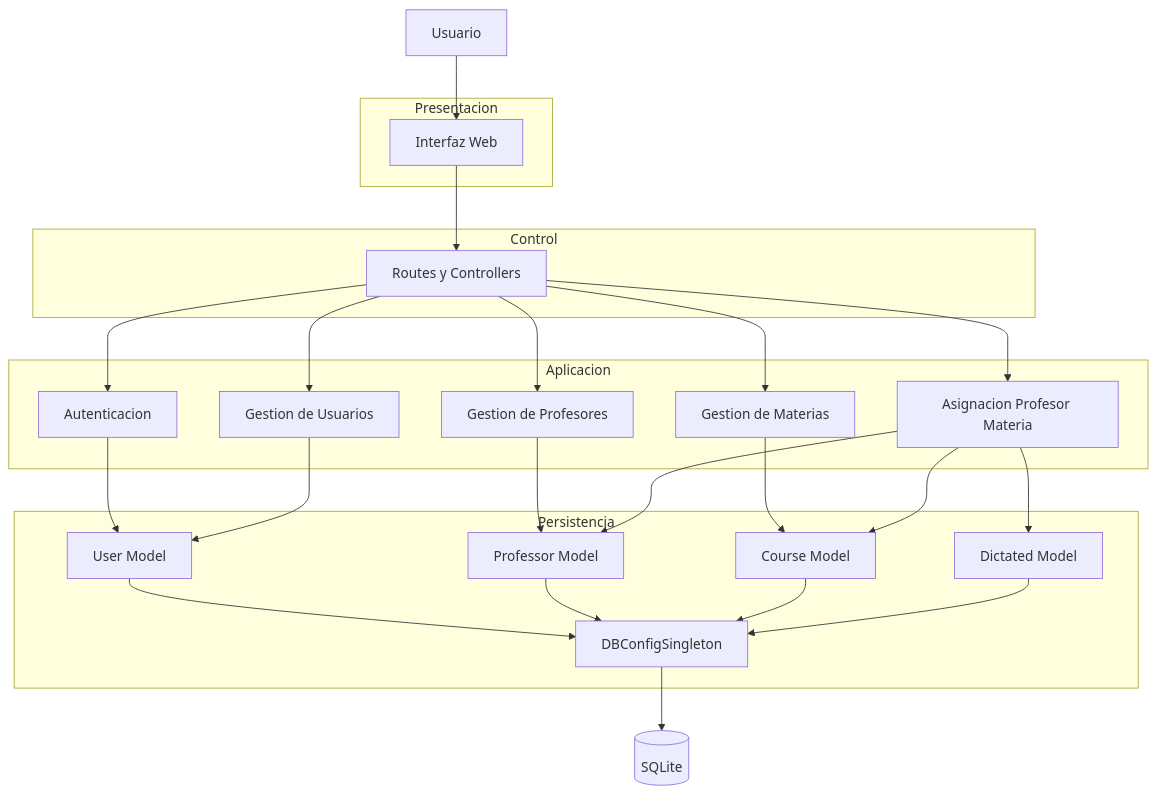
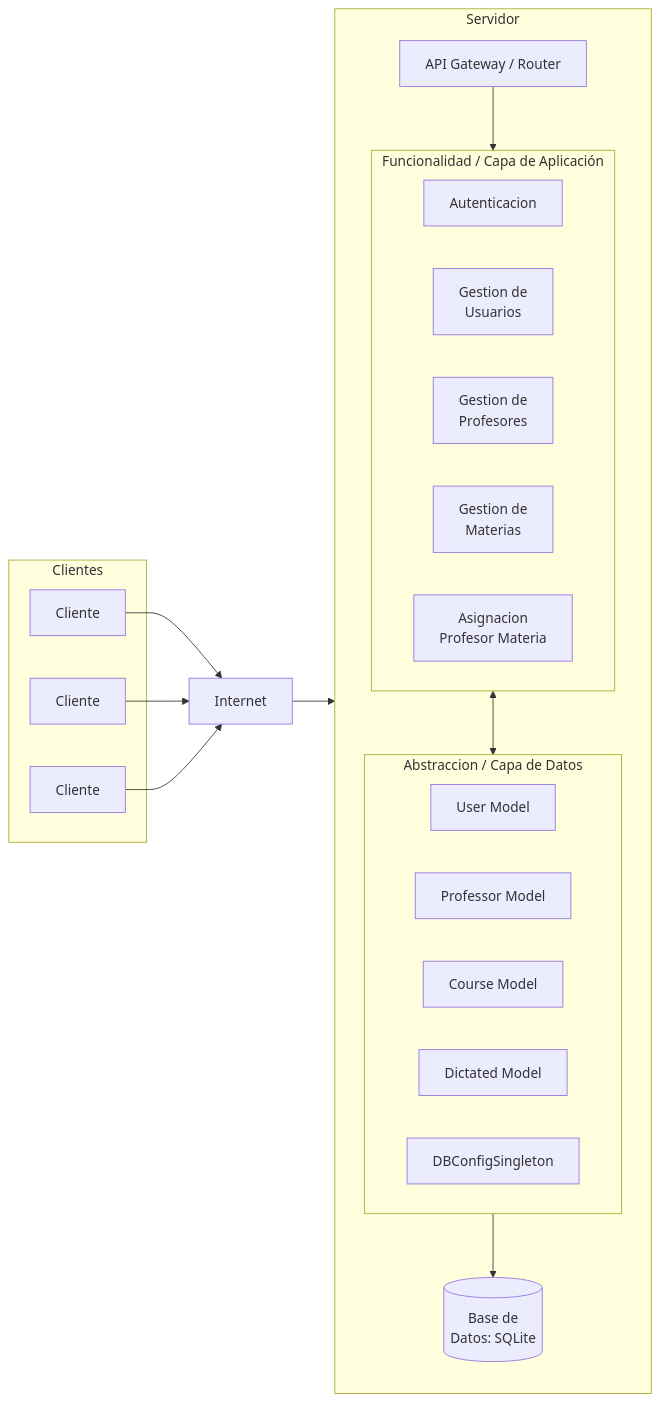
The diagram in Document/Actividad_3/descripcionDiagramasArquituctura.mmd (JuanBoyero/is1_2025_eti), drawn with Mermaid before and after one commit.

Commit message:
Modificación deel Diagrama de Diseño

```diff
--- a/Document/Actividad_3/descripcionDiagramasArquituctura.mmd
+++ b/Document/Actividad_3/descripcionDiagramasArquituctura.mmd
@@ -1,50 +1,44 @@
-flowchart TB
-    U[Usuario]
-
-    subgraph Presentacion
-        W[Interfaz Web]
+flowchart LR
+    subgraph C[Clientes]
+        C1[Cliente]
+        C2[Cliente] 
+        C3[Cliente]
     end
 
-    subgraph Control
-        RC[Routes y Controllers]
+    I[Internet]
+
+    subgraph api[ Servidor]
+        direction TB
+
+        API[API Gateway / Router]
+
+        subgraph fun[Funcionalidad / Capa de Aplicación]
+            direction LR
+            AU[Autenticacion]
+            GU[Gestion de \n Usuarios]
+            GP[Gestion de \n Profesores]
+            GM[Gestion de \n Materias]
+            AS[Asignacion \n Profesor Materia]
+        end 
+
+        subgraph A[Abstraccion / Capa de Datos]
+            direction LR
+            MU[User Model]
+            MP[Professor Model]
+            MC[Course Model]
+            MD[Dictated Model]
+            CFG[DBConfigSingleton]
+        end    
+        
+        DB[(Base de \n Datos: SQLite)]
+        
+        API --> fun
+        fun <--> A
+        A --> DB
     end
 
-    subgraph Aplicacion
-        AU[Autenticacion]
-        GU[Gestion de Usuarios]
-        GP[Gestion de Profesores]
-        GM[Gestion de Materias]
-        AS[Asignacion Profesor Materia]
-    end
+    C1 --> I
+    C2 --> I
+    C3 --> I 
 
-    subgraph Persistencia
-        MU[User Model]
-        MP[Professor Model]
-        MC[Course Model]
-        MD[Dictated Model]
-        CFG[DBConfigSingleton]
-    end
-
-    DB[(SQLite)]
-
-    U --> W
-    W --> RC
-    RC --> AU
-    RC --> GU
-    RC --> GP
-    RC --> GM
-    RC --> AS
-
-    AU --> MU
-    GU --> MU
-    GP --> MP
-    GM --> MC
-    AS --> MP
-    AS --> MC
-    AS --> MD
-
-    MU --> CFG
-    MP --> CFG
-    MC --> CFG
-    MD --> CFG
-    CFG --> DB
+    I -->API
```
